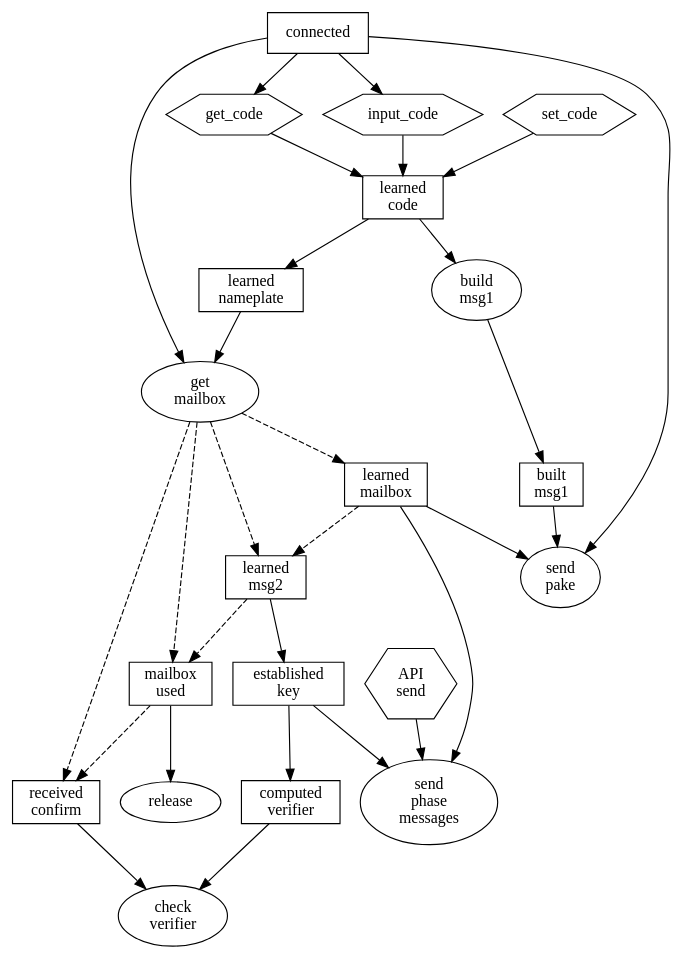
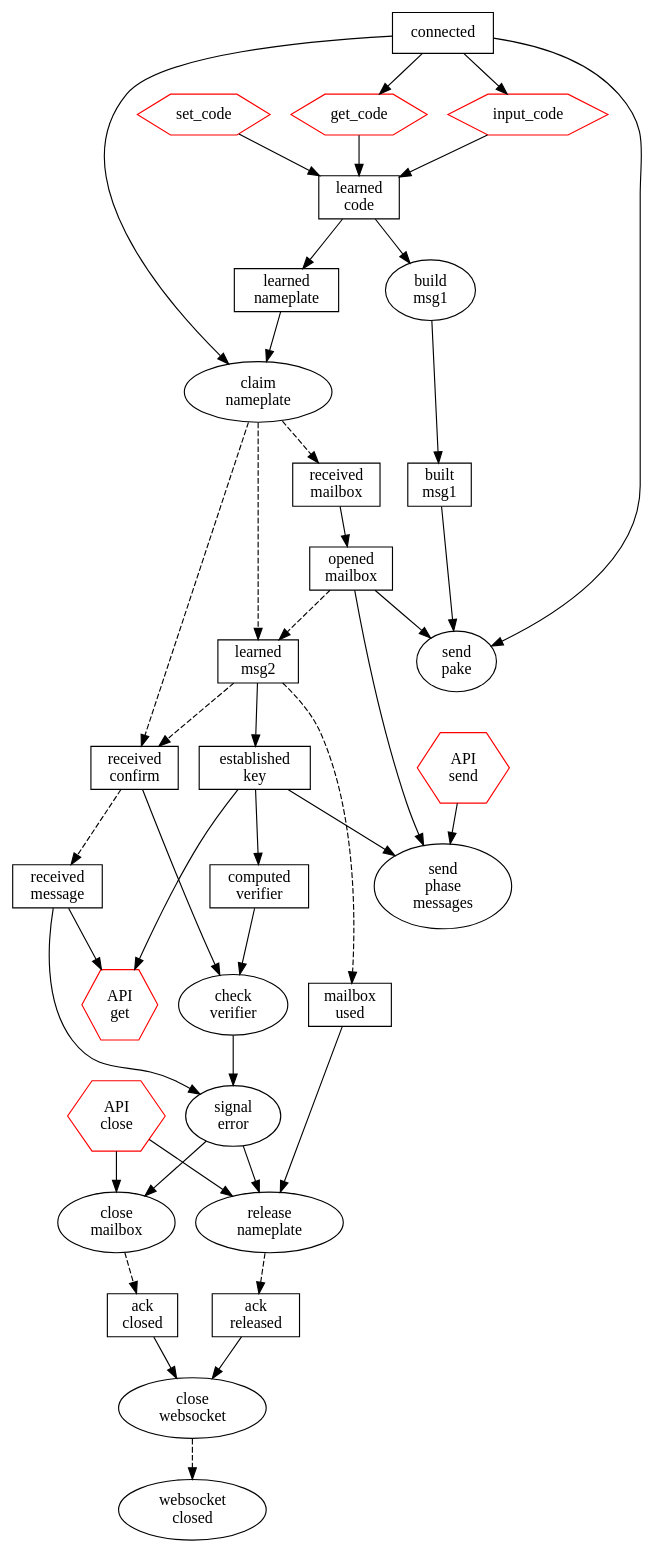
Before and after one commit to magic-wormhole/magic-wormhole: the diagram in events.dot, drawn with Graphviz. The commit also changed 4 other files, not shown here.

```diff
--- a/events.dot
+++ b/events.dot
@@ -1,62 +1,93 @@
 digraph {
+        api_get_code [label="get_code" shape="hexagon" color="red"]
+        api_input_code [label="input_code" shape="hexagon" color="red"]
+        api_set_code [label="set_code" shape="hexagon" color="red"]
+        send [label="API\nsend" shape="hexagon" color="red"]
+        get [label="API\nget" shape="hexagon" color="red"]
+        close [label="API\nclose" shape="hexagon" color="red"]
+
+        event_connected [label="connected" shape="box"]
         event_learned_code [label="learned\ncode" shape="box"]
         event_learned_nameplate [label="learned\nnameplate" shape="box"]
-        event_learned_mailbox [label="learned\nmailbox" shape="box"]
-        event_connected [label="connected" shape="box"]
+        event_received_mailbox [label="received\nmailbox" shape="box"]
+        event_opened_mailbox [label="opened\nmailbox" shape="box"]
         event_built_msg1 [label="built\nmsg1" shape="box"]
         event_mailbox_used [label="mailbox\nused" shape="box"]
         event_learned_PAKE [label="learned\nmsg2" shape="box"]
         event_established_key [label="established\nkey" shape="box"]
         event_computed_verifier [label="computed\nverifier" shape="box"]
         event_received_confirm [label="received\nconfirm" shape="box"]
+        event_received_message [label="received\nmessage" shape="box"]
+        event_received_released [label="ack\nreleased" shape="box"]
+        event_received_closed [label="ack\nclosed" shape="box"]
 
         event_connected -> api_get_code
         event_connected -> api_input_code
-        api_get_code [label="get_code" shape="hexagon"]
-        api_input_code [label="input_code" shape="hexagon"]
-        api_set_code [label="set_code" shape="hexagon"]
         api_get_code -> event_learned_code
         api_input_code -> event_learned_code
         api_set_code -> event_learned_code
 
 
         maybe_build_msg1 [label="build\nmsg1"]
-        maybe_get_mailbox [label="get\nmailbox"]
+        maybe_claim_nameplate [label="claim\nnameplate"]
         maybe_send_pake [label="send\npake"]
         maybe_send_phase_messages [label="send\nphase\nmessages"]
 
-        event_connected -> maybe_get_mailbox
+        event_connected -> maybe_claim_nameplate
         event_connected -> maybe_send_pake
 
         event_built_msg1 -> maybe_send_pake
 
         event_learned_code -> maybe_build_msg1
         event_learned_code -> event_learned_nameplate
 
         maybe_build_msg1 -> event_built_msg1
-        event_learned_nameplate -> maybe_get_mailbox
+        event_learned_nameplate -> maybe_claim_nameplate
+        maybe_claim_nameplate -> event_received_mailbox [style="dashed"]
 
-        maybe_get_mailbox -> event_learned_mailbox [style="dashed"]
-        maybe_get_mailbox -> event_mailbox_used [style="dashed"]
-        maybe_get_mailbox -> event_learned_PAKE [style="dashed"]
-        maybe_get_mailbox -> event_received_confirm [style="dashed"]
+        event_received_mailbox -> event_opened_mailbox
+        maybe_claim_nameplate -> event_learned_PAKE [style="dashed"]
+        maybe_claim_nameplate -> event_received_confirm [style="dashed"]
 
-        event_learned_mailbox -> event_learned_PAKE [style="dashed"]
+        event_opened_mailbox -> event_learned_PAKE [style="dashed"]
         event_learned_PAKE -> event_mailbox_used [style="dashed"]
-        event_mailbox_used -> event_received_confirm [style="dashed"]
+        event_learned_PAKE -> event_received_confirm [style="dashed"]
+        event_received_confirm -> event_received_message [style="dashed"]
 
-        send [label="API\nsend" shape="hexagon"]
         send -> maybe_send_phase_messages
-        event_mailbox_used -> release
-        event_learned_mailbox -> maybe_send_pake
-        event_learned_mailbox -> maybe_send_phase_messages
+        release_nameplate [label="release\nnameplate"]
+        event_mailbox_used -> release_nameplate
+        event_opened_mailbox -> maybe_send_pake
+        event_opened_mailbox -> maybe_send_phase_messages
 
         event_learned_PAKE -> event_established_key
         event_established_key -> event_computed_verifier
         event_established_key -> maybe_send_phase_messages
 
         check_verifier [label="check\nverifier"]
         event_computed_verifier -> check_verifier
         event_received_confirm -> check_verifier
 
+        check_verifier -> error
+        event_received_message -> error
+        event_received_message -> get
+        event_established_key -> get
+
+        close -> close_mailbox
+        close -> release_nameplate
+        error [label="signal\nerror"]
+        error -> close_mailbox
+        error -> release_nameplate
+
+        release_nameplate -> event_received_released [style="dashed"]
+        close_mailbox [label="close\nmailbox"]
+        close_mailbox -> event_received_closed [style="dashed"]
+
+        maybe_close_websocket [label="close\nwebsocket"]
+        event_received_released -> maybe_close_websocket
+        event_received_closed -> maybe_close_websocket
+        maybe_close_websocket -> event_websocket_closed [style="dashed"]
+        event_websocket_closed [label="websocket\nclosed"]
+        
+        
 }
```
